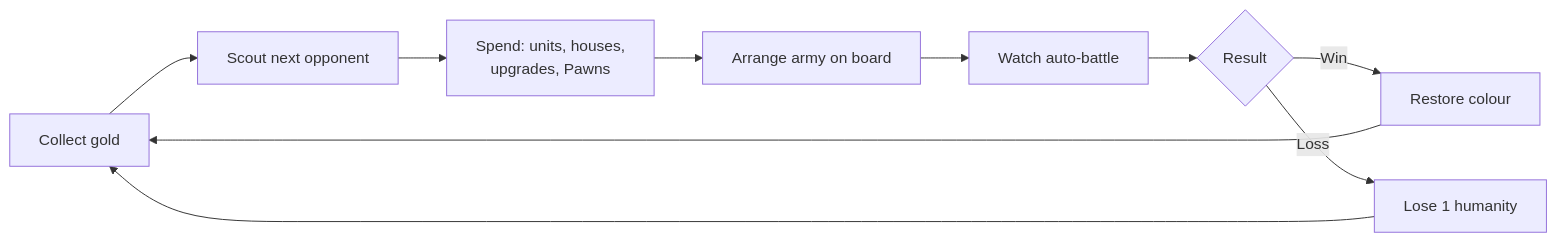
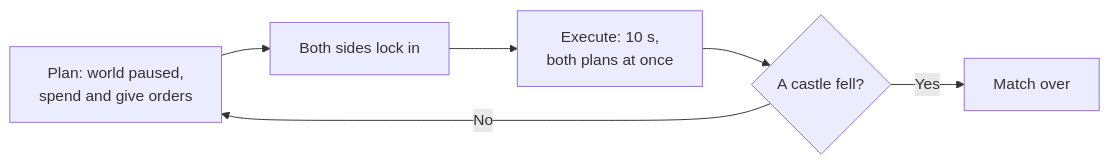
Before and after one commit to nauqh/greyfall: the first of 2 diagrams in PRD.md, drawn with Mermaid. The commit also changed other lines of this file, not shown here.

````diff
--- a/PRD.md
+++ b/PRD.md
@@ -46,12 +47,8 @@
 ```mermaid
 flowchart LR
-  A[Collect gold] --> B[Scout next opponent]
-  B --> C[Spend: units, houses,<br/>upgrades, Pawns]
-  C --> D[Arrange army on board]
-  D --> E[Watch auto-battle]
-  E --> F{Result}
-  F -->|Win| G[Restore colour]
-  F -->|Loss| H[Lose 1 humanity]
-  G --> A
-  H --> A
+  A[Plan: world paused,<br/>spend and give orders] --> B[Both sides lock in]
+  B --> C[Execute: 10 s,<br/>both plans at once]
+  C --> D{A castle fell?}
+  D -->|No| A
+  D -->|Yes| E[Match over]
 ```
````
